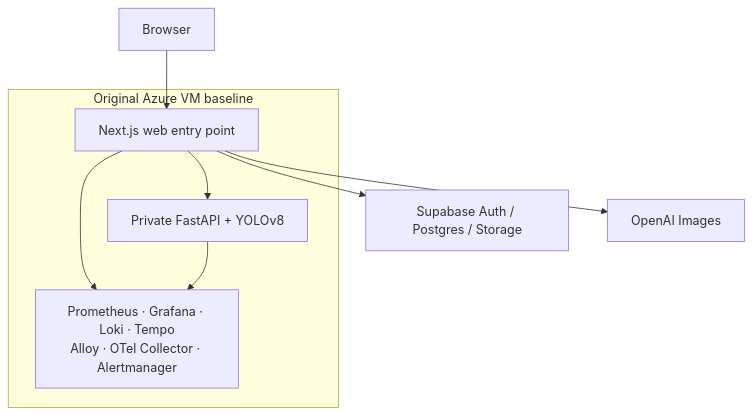
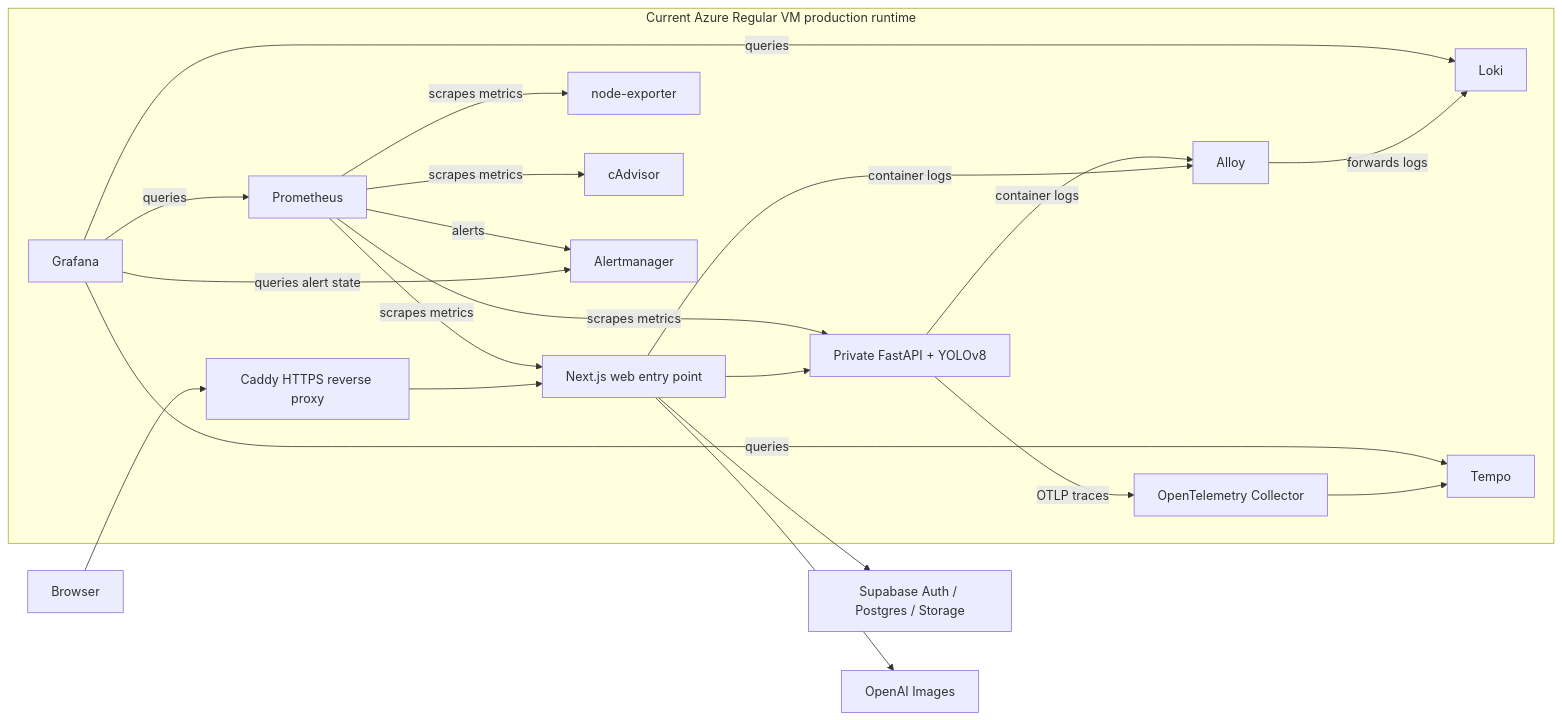
Before and after one commit to hzzcoding/SlowChrome-Showcase: the first of 3 diagrams in docs/technical-case-study.md, drawn with Mermaid. The commit also changed other lines of this file and 10 other files, not shown here.

````diff
--- a/docs/technical-case-study.md
+++ b/docs/technical-case-study.md
@@ -43,15 +28,27 @@
 ```mermaid
-flowchart TD
-    browser["Browser"] --> web["Next.js web entry point"]
-    web --> api["Private FastAPI + YOLOv8"]
+flowchart LR
+    browser["Browser"] --> proxy["Caddy HTTPS reverse proxy"]
+
+    subgraph vm["Current Azure Regular VM production runtime"]
+        proxy --> web["Next.js web entry point"]
+        web --> backend["Private FastAPI + YOLOv8"]
+
+        prom["Prometheus"] -->|scrapes metrics| web
+        prom -->|scrapes metrics| backend
+        prom -->|scrapes metrics| node["node-exporter"]
+        prom -->|scrapes metrics| cadvisor["cAdvisor"]
+        web -->|container logs| alloy["Alloy"]
+        backend -->|container logs| alloy
+        alloy -->|forwards logs| loki["Loki"]
+        backend -->|OTLP traces| otel["OpenTelemetry Collector"]
+        otel --> tempo["Tempo"]
+        grafana["Grafana"] -->|queries| prom
+        grafana -->|queries| loki
+        grafana -->|queries| tempo
+        grafana -->|queries alert state| alertmanager["Alertmanager"]
+        prom -->|alerts| alertmanager
+    end
+
     web --> supabase["Supabase Auth / Postgres / Storage"]
     web --> openai["OpenAI Images"]
-
-    subgraph vm["Original Azure VM baseline"]
-        web
-        api
-        vmobs["Prometheus · Grafana · Loki · Tempo\nAlloy · OTel Collector · Alertmanager"]
-    end
-    web --> vmobs
-    api --> vmobs
 ```
````
